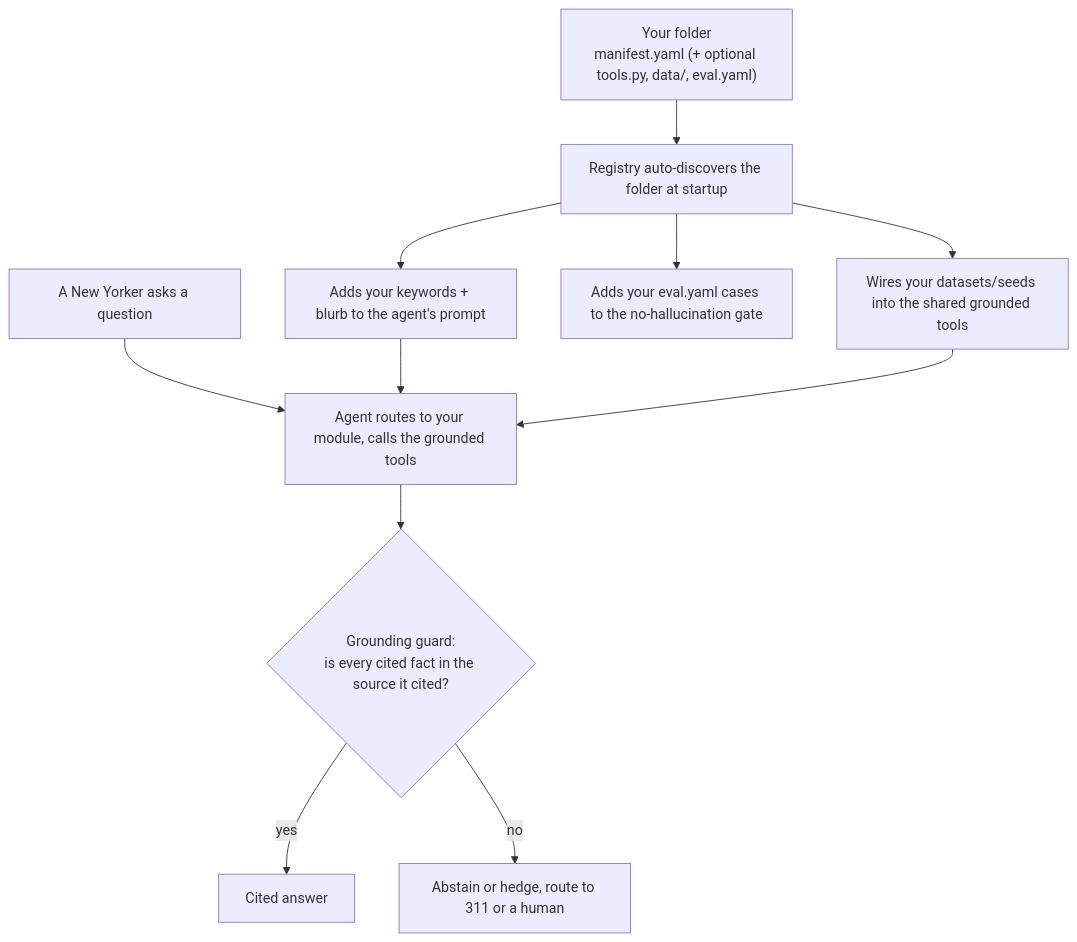
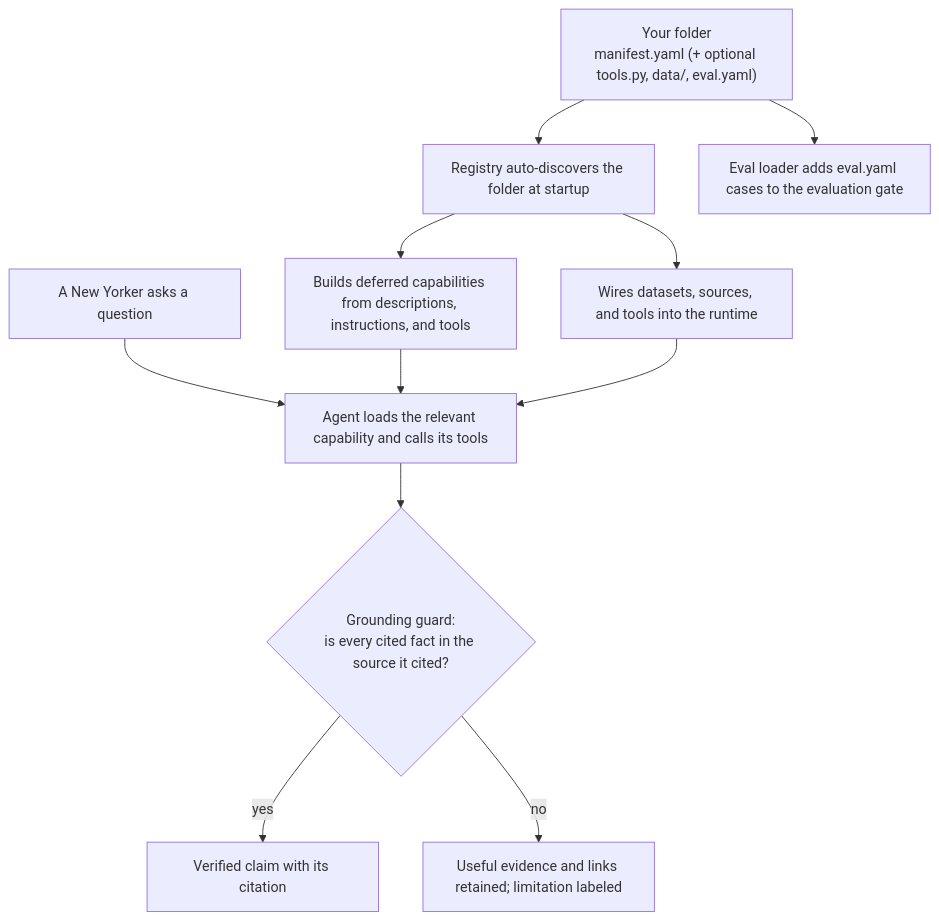
One commit to shayantist/HeyNYC changed the diagram in CONTRIBUTING.md. Above: the diagram before and after it, drawn with Mermaid. The commit also changed other lines of this file and 7 other files, not shown here.

````diff
--- a/CONTRIBUTING.md
+++ b/CONTRIBUTING.md
@@ -37,14 +40,14 @@
 ```mermaid
 flowchart TD
     M["Your folder<br/>manifest.yaml (+ optional tools.py, data/, eval.yaml)"]
     M --> REG["Registry auto-discovers the folder at startup"]
-    REG --> PR["Adds your keywords + blurb to the agent's prompt"]
-    REG --> TL["Wires your datasets/seeds into the shared grounded tools"]
-    REG --> EV["Adds your eval.yaml cases to the no-hallucination gate"]
-    Q["A New Yorker asks a question"] --> AGENT["Agent routes to your module, calls the grounded tools"]
-    PR --> AGENT
+    REG --> CAP["Builds deferred capabilities from descriptions, instructions, and tools"]
+    REG --> TL["Wires datasets, sources, and tools into the runtime"]
+    M --> EV["Eval loader adds eval.yaml cases to the evaluation gate"]
+    Q["A New Yorker asks a question"] --> AGENT["Agent loads the relevant capability and calls its tools"]
+    CAP --> AGENT
     TL --> AGENT
     AGENT --> GUARD{"Grounding guard:<br/>is every cited fact in the source it cited?"}
-    GUARD -->|yes| OUT["Cited answer"]
-    GUARD -->|no| ABS["Abstain or hedge, route to 311 or a human"]
+    GUARD -->|yes| OUT["Verified claim with its citation"]
+    GUARD -->|no| LIMIT["Useful evidence and links retained; limitation labeled"]
 ```
````
